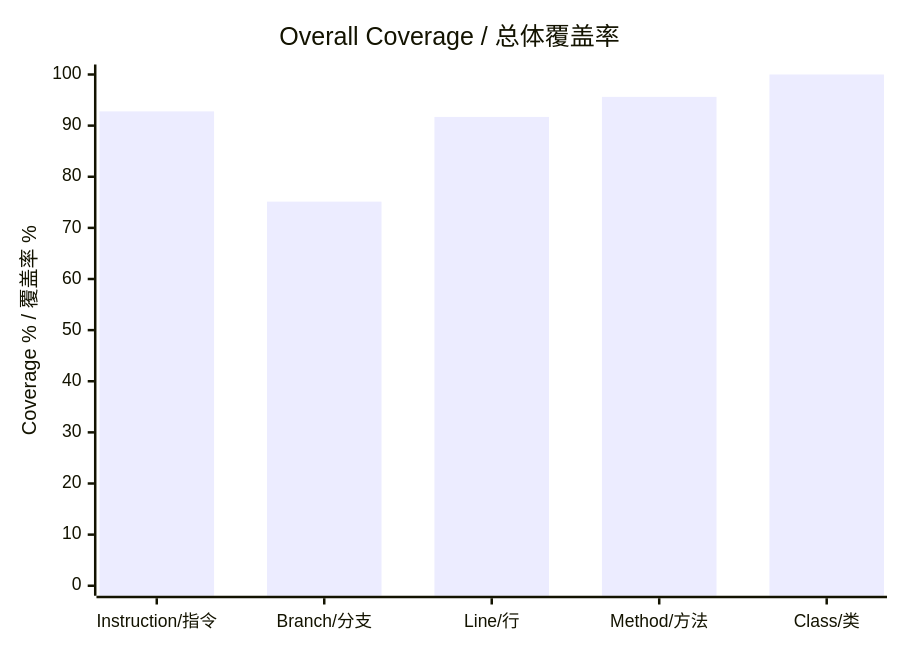
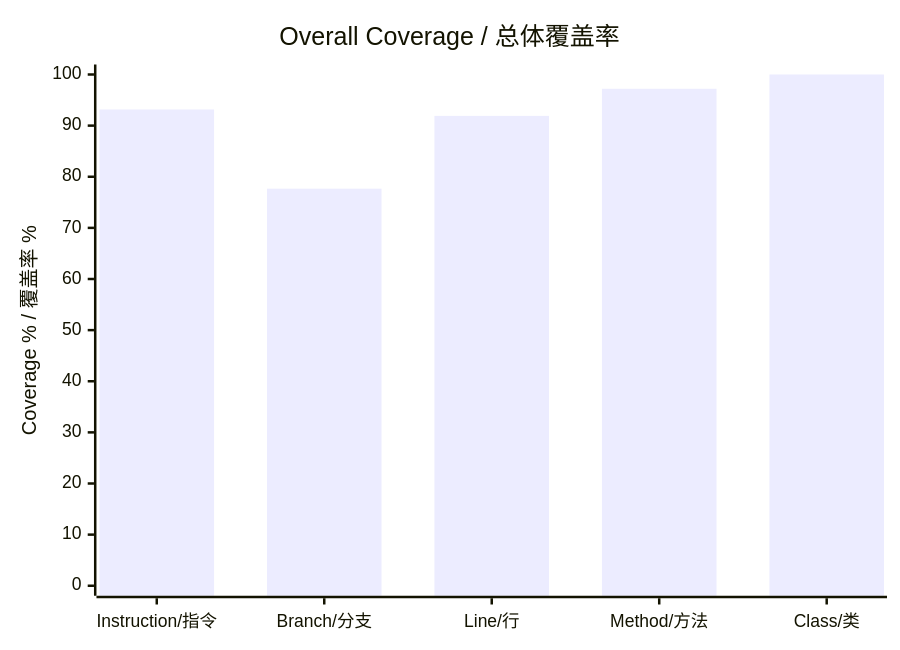
Before and after one commit to wxw121/miniMQ: the second of 2 diagrams in docs/testing.md, drawn with Mermaid. The commit also changed other lines of this file and 11 other files, not shown here.

````diff
--- a/docs/testing.md
+++ b/docs/testing.md
@@ -90,7 +90,7 @@
 ```mermaid
 xychart-beta
     title "Overall Coverage / 总体覆盖率"
     x-axis ["Instruction/指令", "Branch/分支", "Line/行", "Method/方法", "Class/类"]
     y-axis "Coverage % / 覆盖率 %" 0 --> 100
-    bar [92.79, 75.13, 91.70, 95.62, 100.00]
+    bar [93.16, 77.67, 91.91, 97.21, 100.00]
 ```
````
